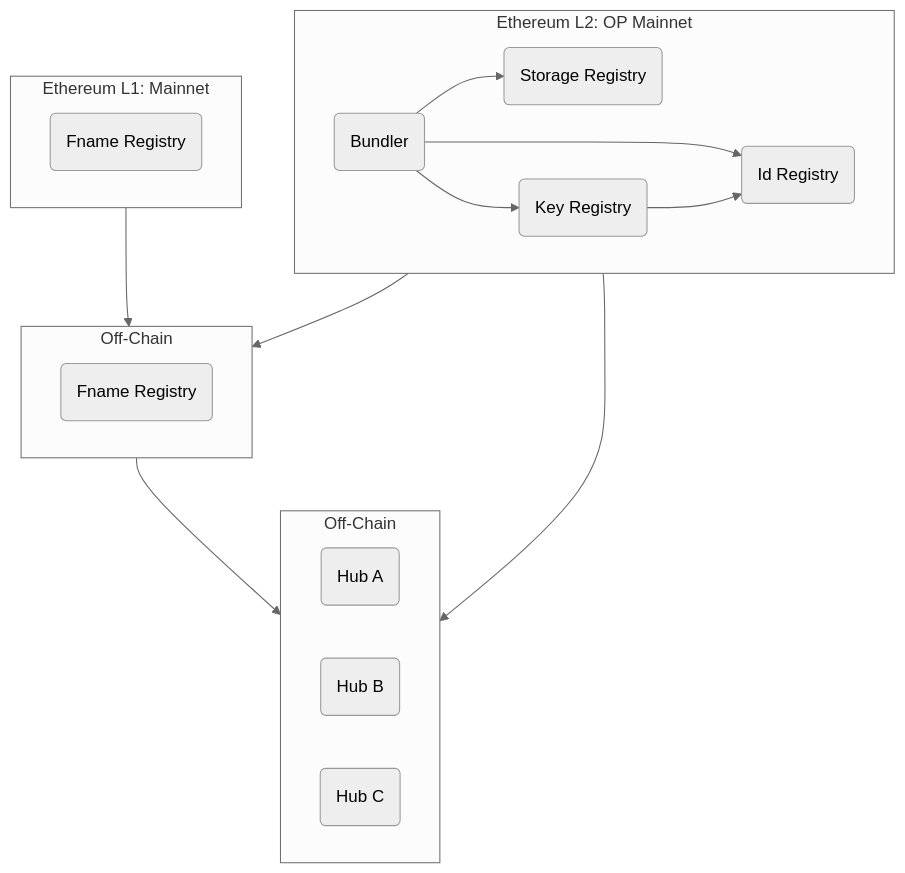
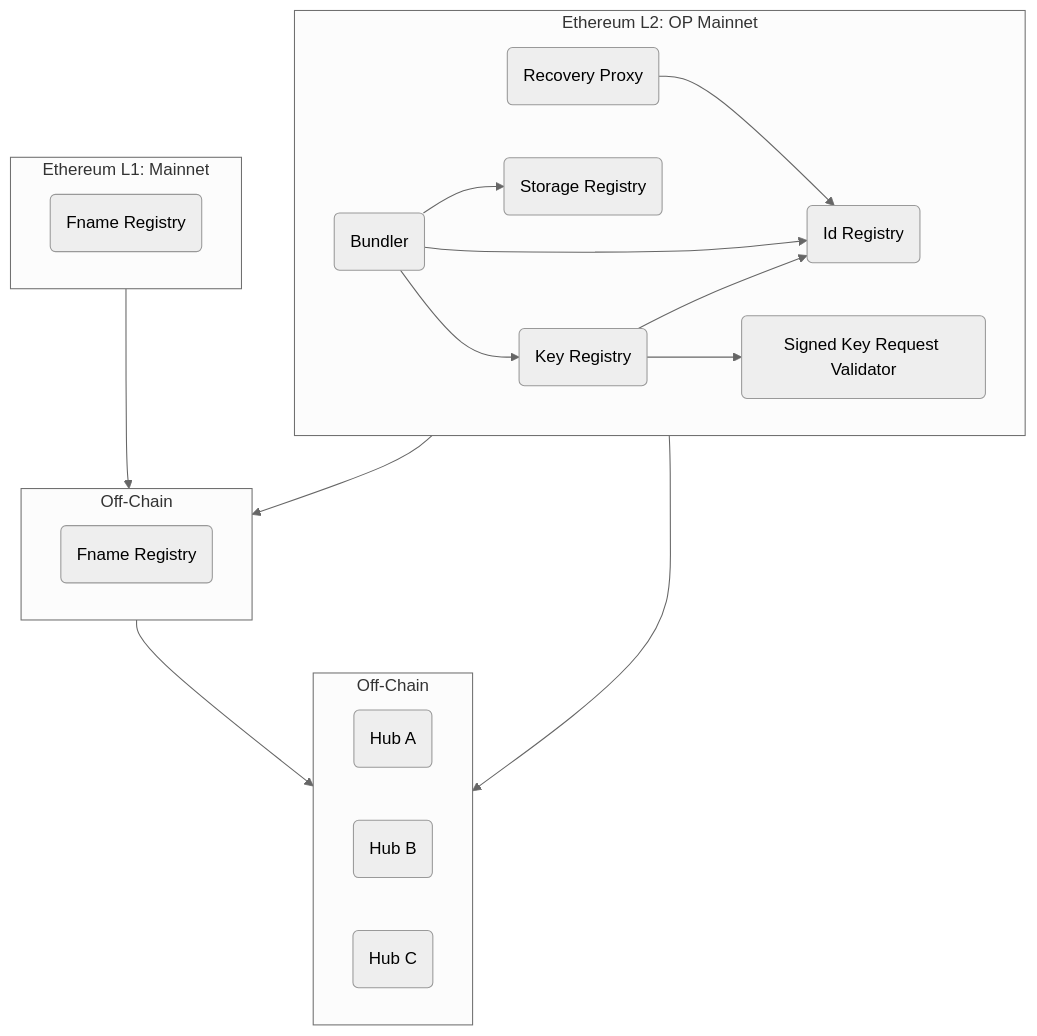
One commit to farcasterxyz/contracts changed the first of 3 diagrams in docs/docs.md. Above: the diagram before and after it, drawn with Mermaid (neutral theme). The commit also changed other lines of this file, not shown here.

Commit message:
chore: add validators and proxy to docs

````diff
--- a/docs/docs.md
+++ b/docs/docs.md
@@ -7,29 +7,31 @@
 ```mermaid
 
 graph TD
 
     subgraph ETHL1["Ethereum L1: Mainnet"]
     FR(Fname Registry)
     end
 
     subgraph Offchain["Off-Chain"]
     FS(Fname Registry)
     end
 
     subgraph Hubs["Off-Chain"]
     Hub1(Hub A)
     Hub2(Hub B)
     Hub3(Hub C)
     end
 
     subgraph ETHL2["Ethereum L2: OP Mainnet"]
-    BN(Bundler) --> IR(Id Registry) & SR(Storage Registry) & KR(Key Registry)
+    RP(Recovery Proxy) --> IR(Id Registry)
+    BN(Bundler) --> IR & SR(Storage Registry) & KR(Key Registry)
     KR --> IR
+    KR --> SKRV(Signed Key Request Validator)
     end
 
 
     ETHL1 --> Offchain
     ETHL2 --> Offchain
     Offchain --> Hubs
     ETHL2 --> Hubs
 ```
````
